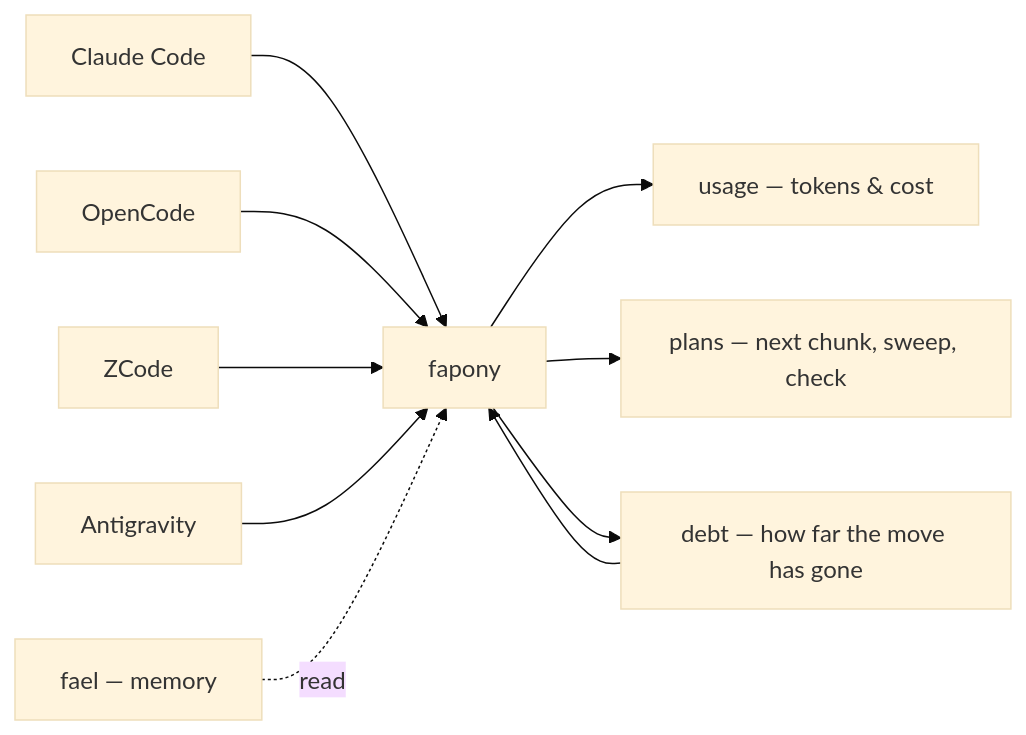
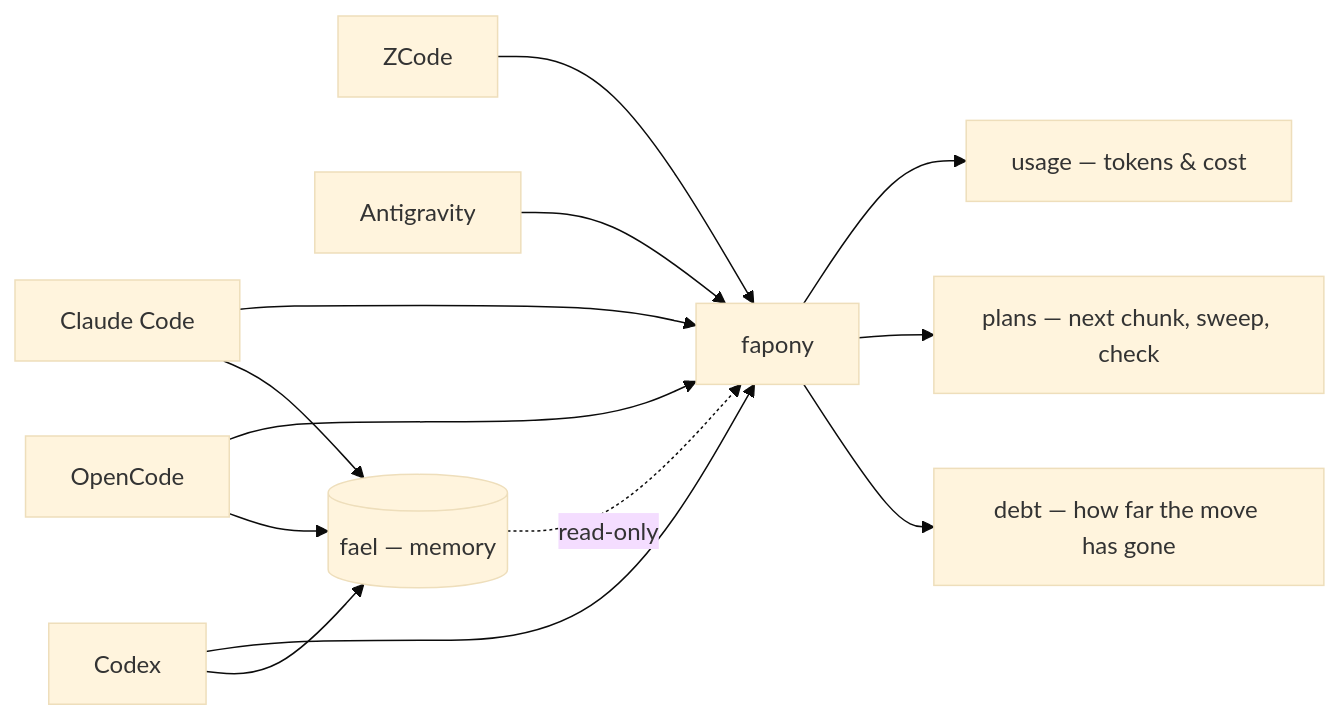
Before and after one commit to inonix-dev/fapony: the second of 2 diagrams in README.md, drawn with Mermaid (base theme). The commit also changed other lines of this file and 2 other files, not shown here.

First line of the commit message:
docs(readme): fapony + fael split and the one-chunk workflow, drawn

````diff
--- a/README.md
+++ b/README.md
@@ -63,12 +94,13 @@
 ```mermaid
 flowchart LR
-    A[Claude Code] --> F[fapony]
-    B[OpenCode] --> F
-    C[ZCode] --> F
-    D[Codex] --> F
-    G[Antigravity] --> F
+    CC[Claude Code] --> F[fapony]
+    OC[OpenCode] --> F
+    ZC[ZCode] --> F
+    CX[Codex] --> F
+    AG[Antigravity] --> F
     F --> U[usage — tokens & cost]
     F --> P[plans — next chunk, sweep, check]
     F --> D[debt — how far the move has gone]
-    X[fael — memory] -.read.-> F
+    M[(fael — memory)] -. read-only .-> F
+    CC & OC & CX --> M
 ```
````
